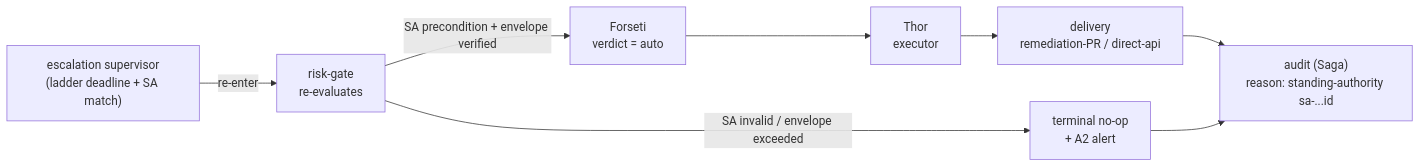
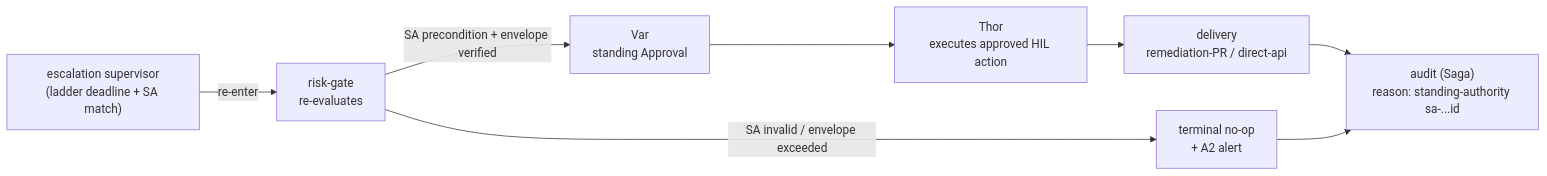
The second of 2 diagrams in docs/roadmap/decisioning/escalation-and-standing-authority-ko.md (dotnetpower/fdai), drawn with Mermaid before and after one commit. The commit also changed other lines of this file and 21 other files, not shown here.

Commit message:
docs(architecture): establish FDAI constitution

````diff
--- a/docs/roadmap/decisioning/escalation-and-standing-authority-ko.md
+++ b/docs/roadmap/decisioning/escalation-and-standing-authority-ko.md
@@ -238,10 +253,10 @@
 ```mermaid
 flowchart LR
   SUP["escalation supervisor<br/>(ladder deadline + SA match)"] -->|re-enter| RG["risk-gate<br/>re-evaluates"]
-  RG -->|"SA precondition + envelope verified"| V["Forseti<br/>verdict = auto"]
-  V --> EX["Thor<br/>executor"]
+  RG -->|"SA precondition + envelope verified"| V["Var<br/>standing Approval"]
+  V --> EX["Thor<br/>executes approved HIL action"]
   EX --> DEL["delivery<br/>remediation-PR / direct-api"]
   DEL --> AUD["audit (Saga)<br/>reason: standing-authority sa-...id"]
   RG -->|"SA invalid / envelope exceeded"| NO["terminal no-op<br/>+ A2 alert"]
   NO --> AUD
 ```
````
